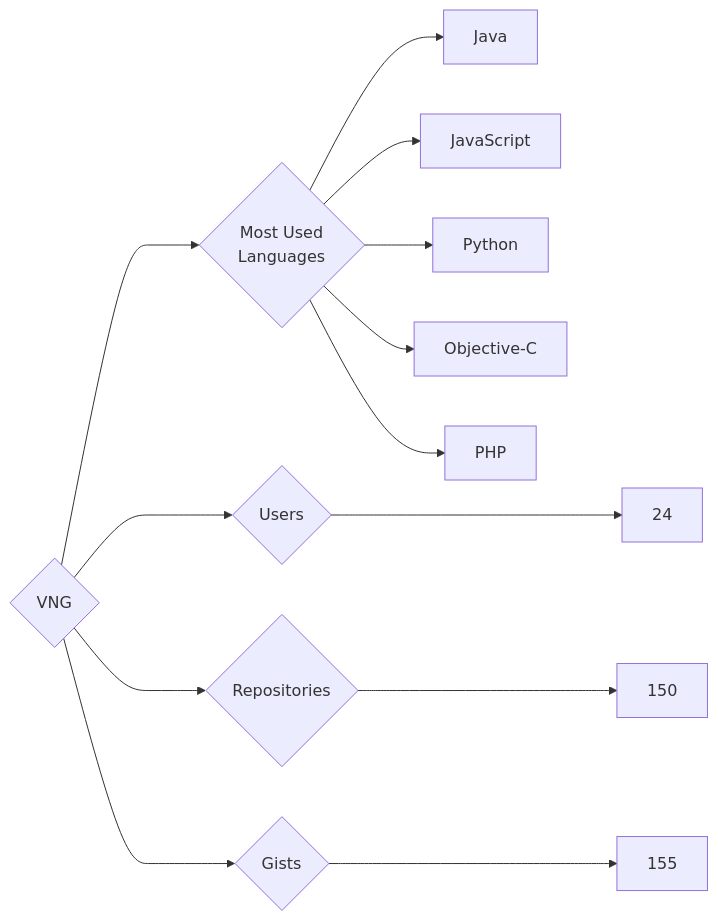
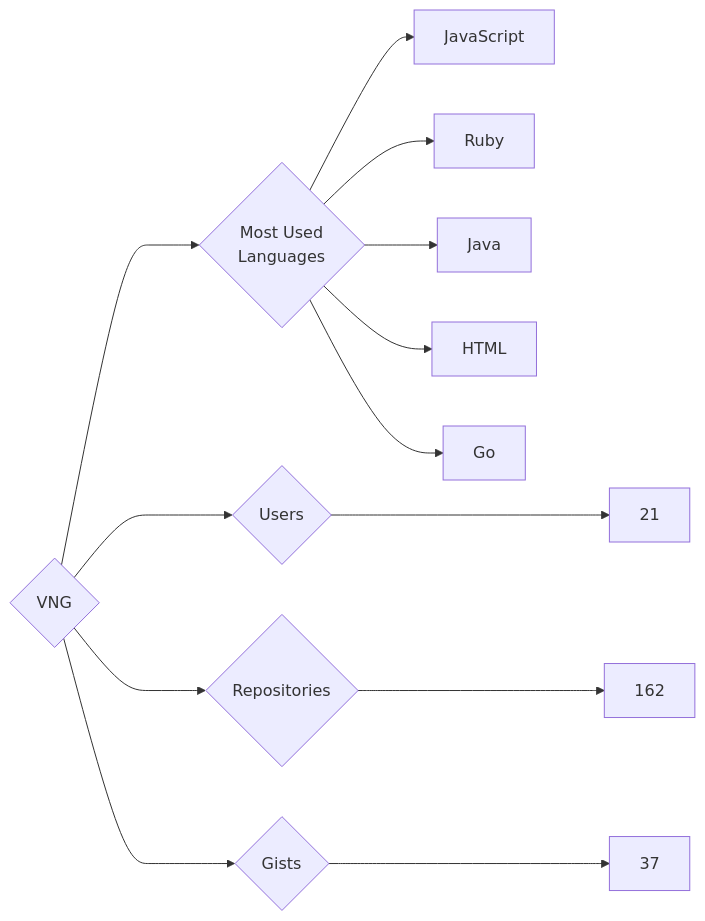
One commit to trickest/insiders changed the diagram in targets/VNG/README.md. Above: the diagram before and after it, drawn with Mermaid. The commit also changed 969 other files, not shown here.

````diff
--- a/targets/VNG/README.md
+++ b/targets/VNG/README.md
@@ -3,13 +3,13 @@
 ```mermaid
 graph LR
 COMPANY_NAME{VNG}
-COMPANY_NAME ---> U{Users} ---> UN[24]
-COMPANY_NAME ---> R{Repositories} ---> RN[150]
-COMPANY_NAME ---> G{Gists} ---> GN[155]
+COMPANY_NAME ---> U{Users} ---> UN[21]
+COMPANY_NAME ---> R{Repositories} ---> RN[162]
+COMPANY_NAME ---> G{Gists} ---> GN[37]
 COMPANY_NAME ---> ML{Most Used<br>Languages}
+ML --> JavaScript[JavaScript]
+ML --> Ruby[Ruby]
 ML --> Java[Java]
-ML --> JavaScript[JavaScript]
-ML --> Python[Python]
-ML --> Objective-C[Objective-C]
-ML --> PHP[PHP]
+ML --> HTML[HTML]
+ML --> Go[Go]
 ```
````
